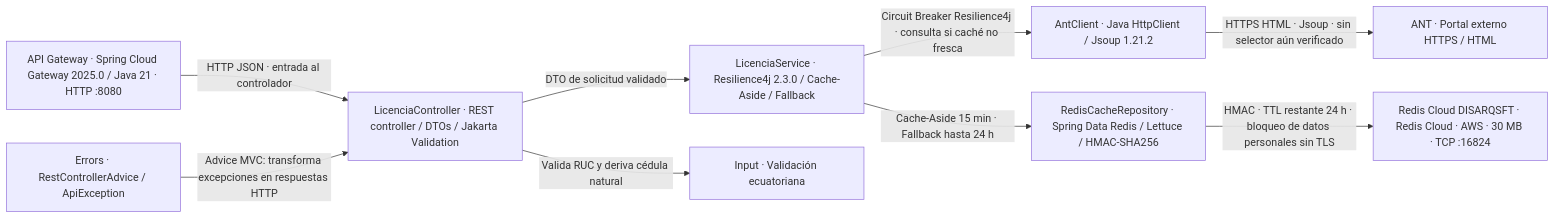
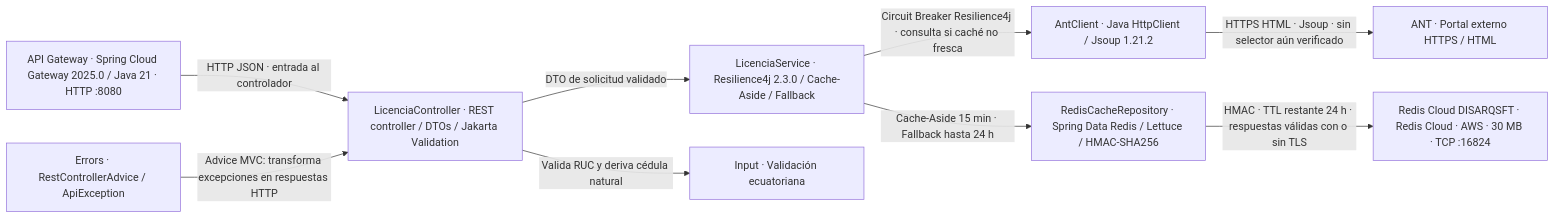
One commit to JosueRamses/Arquitectura-C4 changed the diagram in docs/arquitectura/C3-licencias.mmd. Above: the diagram before and after it, drawn with Mermaid. The commit also changed 10 other files, not shown here.

```diff
--- a/docs/arquitectura/C3-licencias.mmd
+++ b/docs/arquitectura/C3-licencias.mmd
@@ -1,18 +1,18 @@
 flowchart LR
   ant["ANT · Portal externo HTTPS / HTML"]
   gateway["API Gateway · Spring Cloud Gateway 2025.0 / Java 21 · HTTP :8080"]
   lc["LicenciaController · REST controller / DTOs / Jakarta Validation"]
   ls["LicenciaService · Resilience4j 2.3.0 / Cache-Aside / Fallback"]
   la["AntClient · Java HttpClient / Jsoup 1.21.2"]
   lic_input["Input · Validación ecuatoriana"]
   lic_errors["Errors · RestControllerAdvice / ApiException"]
   lr["RedisCacheRepository · Spring Data Redis / Lettuce / HMAC-SHA256"]
   redis["Redis Cloud DISARQSFT · Redis Cloud · AWS · 30 MB · TCP :16824"]
   gateway -->|"HTTP JSON · entrada al controlador"| lc
   lc -->|"DTO de solicitud validado"| ls
   lc -->|"Valida RUC y deriva cédula natural"| lic_input
   lic_errors -->|"Advice MVC: transforma excepciones en respuestas HTTP"| lc
   ls -->|"Circuit Breaker Resilience4j · consulta si caché no fresca"| la
   la -->|"HTTPS HTML · Jsoup · sin selector aún verificado"| ant
   ls -->|"Cache-Aside 15 min · Fallback hasta 24 h"| lr
-  lr -->|"HMAC · TTL restante 24 h · bloqueo de datos personales sin TLS"| redis
+  lr -->|"HMAC · TTL restante 24 h · respuestas válidas con o sin TLS"| redis
```
